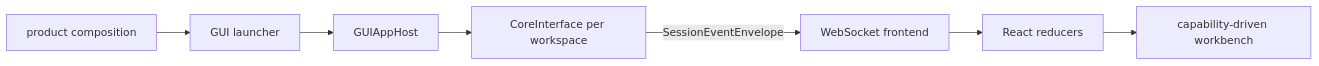
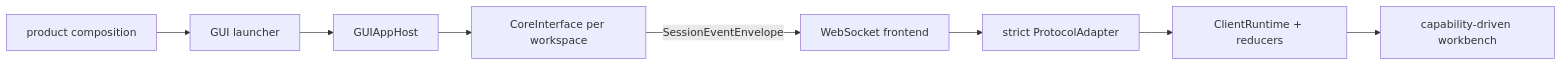
Before and after one commit to czh869452912/ccode-win7: the diagram in docs/platform/frontend-gui.md, drawn with Mermaid. The commit also changed other lines of this file and 13 other files, not shown here.

Commit message:
docs: establish strict frontend protocol authority

````diff
--- a/docs/platform/frontend-gui.md
+++ b/docs/platform/frontend-gui.md
@@ -30,9 +30,10 @@
 ```mermaid
 flowchart LR
     P["product composition"] --> L["GUI launcher"]
     L --> H["GUIAppHost"]
     H --> C["CoreInterface per workspace"]
     C -->|SessionEventEnvelope| W["WebSocket frontend"]
-    W --> R["React reducers"]
+    W --> PA["strict ProtocolAdapter"]
+    PA --> R["ClientRuntime + reducers"]
     R --> U["capability-driven workbench"]
 ```
````
